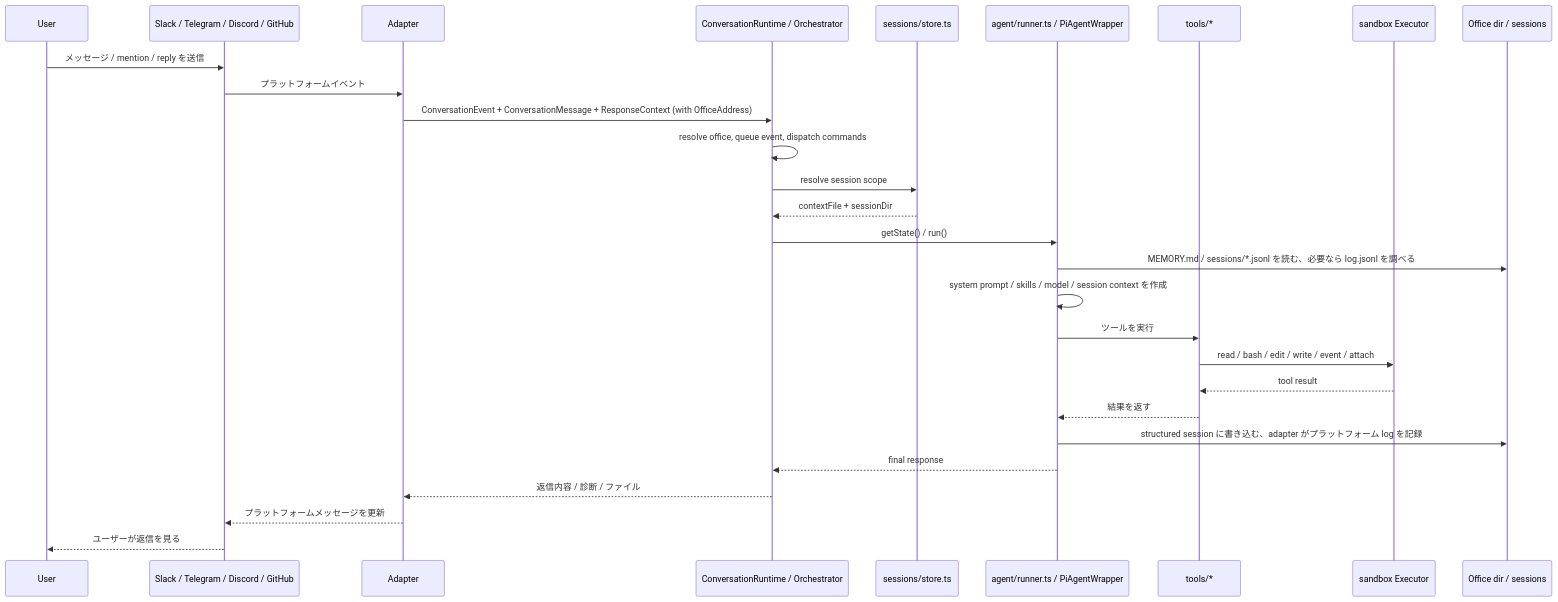
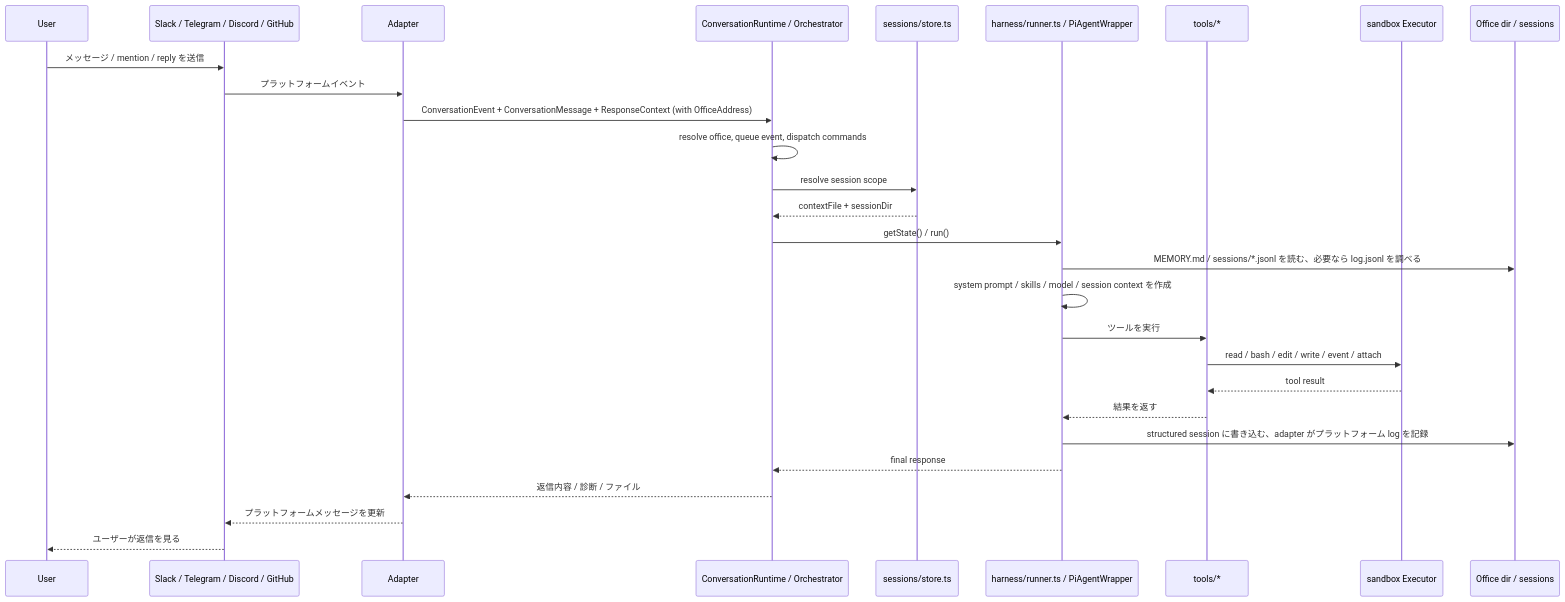
Before and after one commit to geminixiang/mikan: the first of 2 diagrams in src/content/docs/ja/architecture.md, drawn with Mermaid. The commit also changed other lines of this file and 60 other files, not shown here.

First line of the commit message:
refactor(harness): consolidate agent execution modules

````diff
--- a/src/content/docs/ja/architecture.md
+++ b/src/content/docs/ja/architecture.md
@@ -125,31 +124,31 @@
 ```mermaid
 sequenceDiagram
   participant U as User
   participant P as Slack / Telegram / Discord / GitHub
   participant A as Adapter
   participant M as ConversationRuntime / Orchestrator
   participant S as sessions/store.ts
-  participant R as agent/runner.ts / PiAgentWrapper
+  participant R as harness/runner.ts / PiAgentWrapper
   participant T as tools/*
   participant X as sandbox Executor
   participant W as Office dir / sessions
 
   U->>P: メッセージ / mention / reply を送信
   P->>A: プラットフォームイベント
   A->>M: ConversationEvent + ConversationMessage + ResponseContext (with OfficeAddress)
   M->>M: resolve office, queue event, dispatch commands
   M->>S: resolve session scope
   S-->>M: contextFile + sessionDir
   M->>R: getState() / run()
   R->>W: MEMORY.md / sessions/*.jsonl を読む、必要なら log.jsonl を調べる
   R->>R: system prompt / skills / model / session context を作成
   R->>T: ツールを実行
   T->>X: read / bash / edit / write / event / attach
   X-->>T: tool result
   T-->>R: 結果を返す
   R->>W: structured session に書き込む、adapter がプラットフォーム log を記録
   R-->>M: final response
   M-->>A: 返信内容 / 診断 / ファイル
   A-->>P: プラットフォームメッセージを更新
   P-->>U: ユーザーが返信を見る
 ```
````
